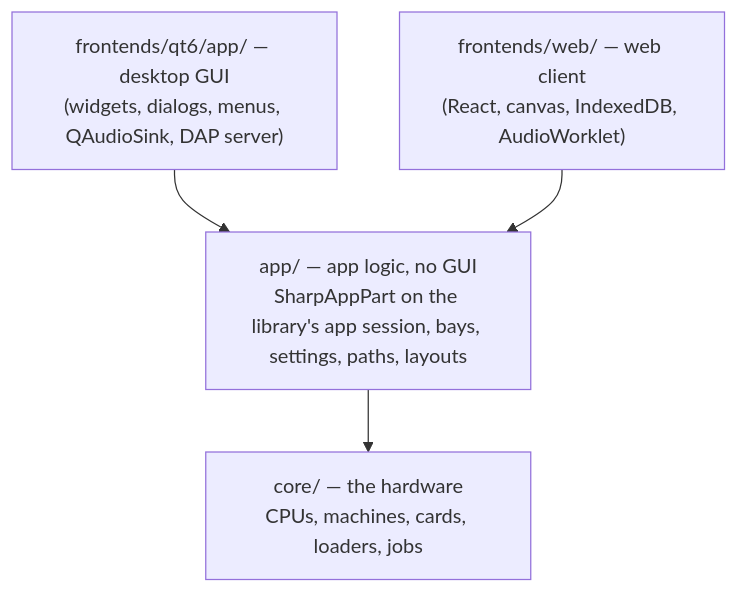
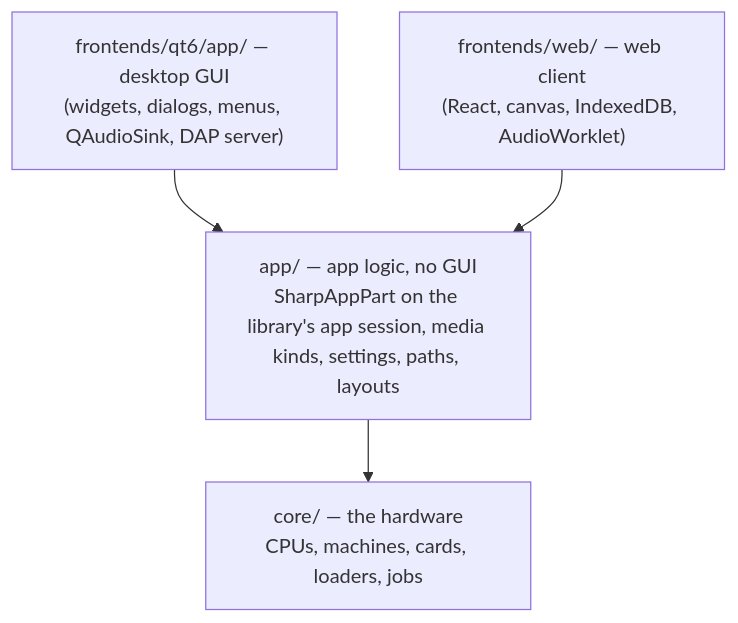
The diagram in products/calc-u-1600/docs/developer/Shared-Architecture.md (tinue/calc-u), drawn with Mermaid before and after one commit. The commit also changed other lines of this file and 12 other files, not shown here.

````diff
--- a/products/calc-u-1600/docs/developer/Shared-Architecture.md
+++ b/products/calc-u-1600/docs/developer/Shared-Architecture.md
@@ -7,10 +7,10 @@
 ```mermaid
 flowchart TB
     Qt["frontends/qt6/app/ — desktop GUI<br/>(widgets, dialogs, menus, QAudioSink, DAP server)"]
     Web["frontends/web/ — web client<br/>(React, canvas, IndexedDB, AudioWorklet)"]
-    Shared["app/ — app logic, no GUI<br/>SharpAppPart on the library's app session, bays, settings, paths, layouts"]
+    Shared["app/ — app logic, no GUI<br/>SharpAppPart on the library's app session, media kinds, settings, paths, layouts"]
     Core["core/ — the hardware<br/>CPUs, machines, cards, loaders, jobs"]
     Qt --> Shared
     Web --> Shared
     Shared --> Core
 ```
````
